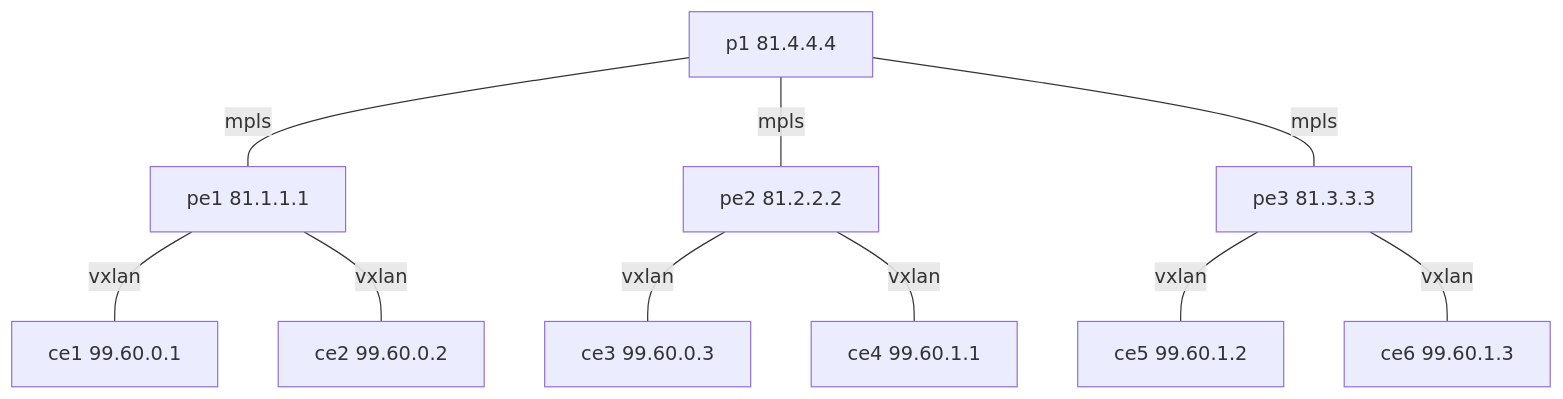
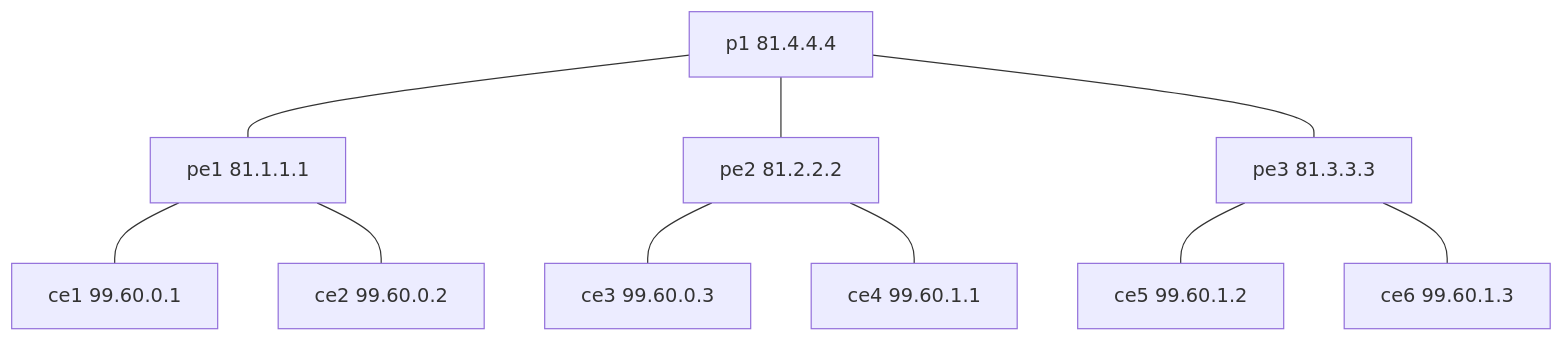
The diagram in README.md (cdot65/evpn-vxlan-with-crpd), drawn with Mermaid before and after one commit. The commit also changed 2 other files, not shown here.

````diff
--- a/README.md
+++ b/README.md
@@ -5,12 +5,12 @@
 ```mermaid                                                                          
 graph TB
-p1["p1 81.4.4.4"]---|mpls|pe1["pe1 81.1.1.1"]
-p1---|mpls|pe2["pe2 81.2.2.2"]
-p1---|mpls|pe3["pe3 81.3.3.3"]
-pe1---|vxlan|ce1["ce1 99.60.0.1"]
-pe1---|vxlan|ce2["ce2 99.60.0.2"]
-pe2---|vxlan|ce3["ce3 99.60.0.3"]
-pe2---|vxlan|ce4["ce4 99.60.1.1"]
-pe3---|vxlan|ce5["ce5 99.60.1.2"]
-pe3---|vxlan|ce6["ce6 99.60.1.3"]
+p1["p1 81.4.4.4"]---pe1["pe1 81.1.1.1"]
+p1---pe2["pe2 81.2.2.2"]
+p1---pe3["pe3 81.3.3.3"]
+pe1---ce1["ce1 99.60.0.1"]
+pe1---ce2["ce2 99.60.0.2"]
+pe2---ce3["ce3 99.60.0.3"]
+pe2---ce4["ce4 99.60.1.1"]
+pe3---ce5["ce5 99.60.1.2"]
+pe3---ce6["ce6 99.60.1.3"]
 ```
````
